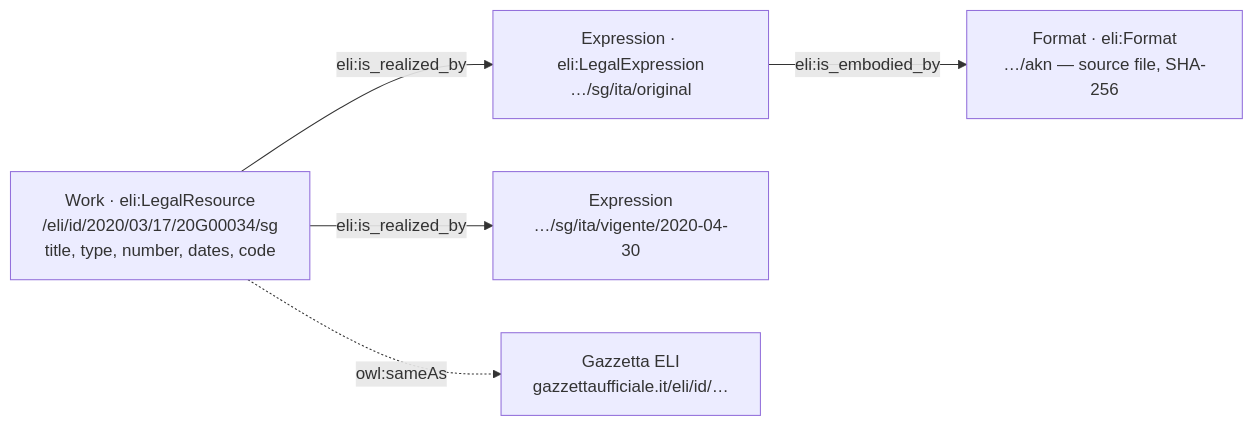
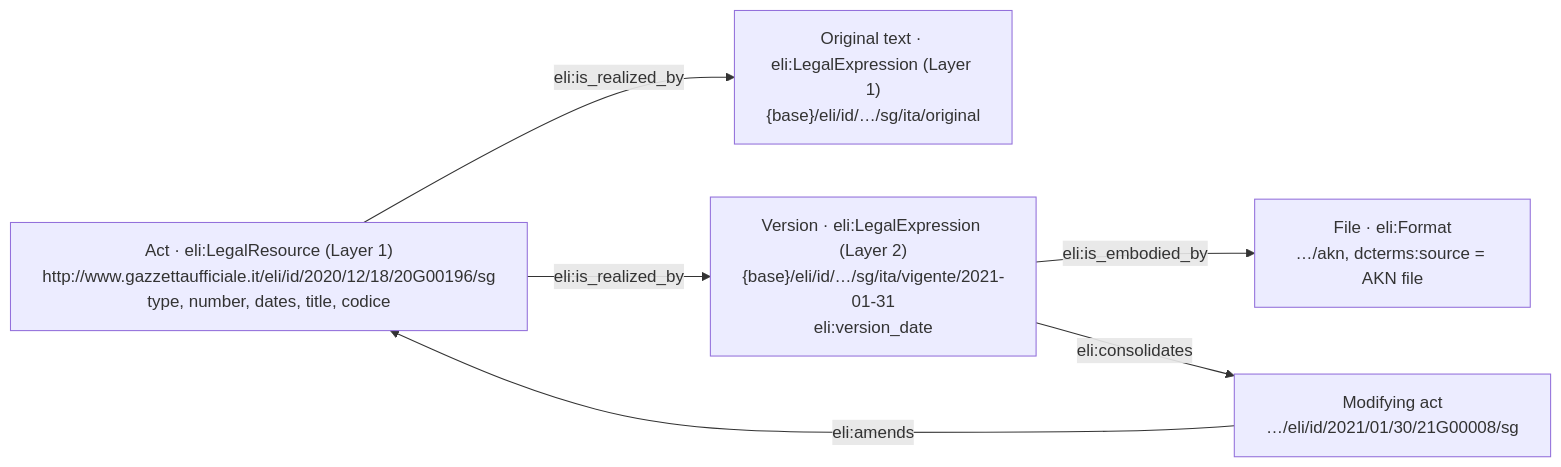
One commit to arvind088/Crawlar-gazzettaufficial changed the second of 4 diagrams in ARCHITECTURE.md. Above: the diagram before and after it, drawn with Mermaid. The commit also changed other lines of this file and 33 other files, not shown here.

````diff
--- a/ARCHITECTURE.md
+++ b/ARCHITECTURE.md
@@ -56,11 +60,13 @@
 ```mermaid
 flowchart LR
-    W["Work · eli:LegalResource<br/>/eli/id/2020/03/17/20G00034/sg<br/>title, type, number, dates, code"]
-    E1["Expression · eli:LegalExpression<br/>…/sg/ita/original"]
-    E2["Expression<br/>…/sg/ita/vigente/2020-04-30"]
-    F["Format · eli:Format<br/>…/akn — source file, SHA-256"]
+    W["Act · eli:LegalResource (Layer 1)<br/>http://www.gazzettaufficiale.it/eli/id/2020/12/18/20G00196/sg<br/>type, number, dates, title, codice"]
+    E1["Original text · eli:LegalExpression (Layer 1)<br/>{base}/eli/id/…/sg/ita/original"]
+    E2["Version · eli:LegalExpression (Layer 2)<br/>{base}/eli/id/…/sg/ita/vigente/2021-01-31<br/>eli:version_date"]
+    F["File · eli:Format<br/>…/akn, dcterms:source = AKN file"]
+    M["Modifying act<br/>…/eli/id/2021/01/30/21G00008/sg"]
     W -- eli:is_realized_by --> E1
     W -- eli:is_realized_by --> E2
-    E1 -- eli:is_embodied_by --> F
-    W -. owl:sameAs .-> GUW["Gazzetta ELI<br/>gazzettaufficiale.it/eli/id/…"]
+    E2 -- eli:is_embodied_by --> F
+    E2 -- eli:consolidates --> M
+    M -- eli:amends --> W
 ```
````
